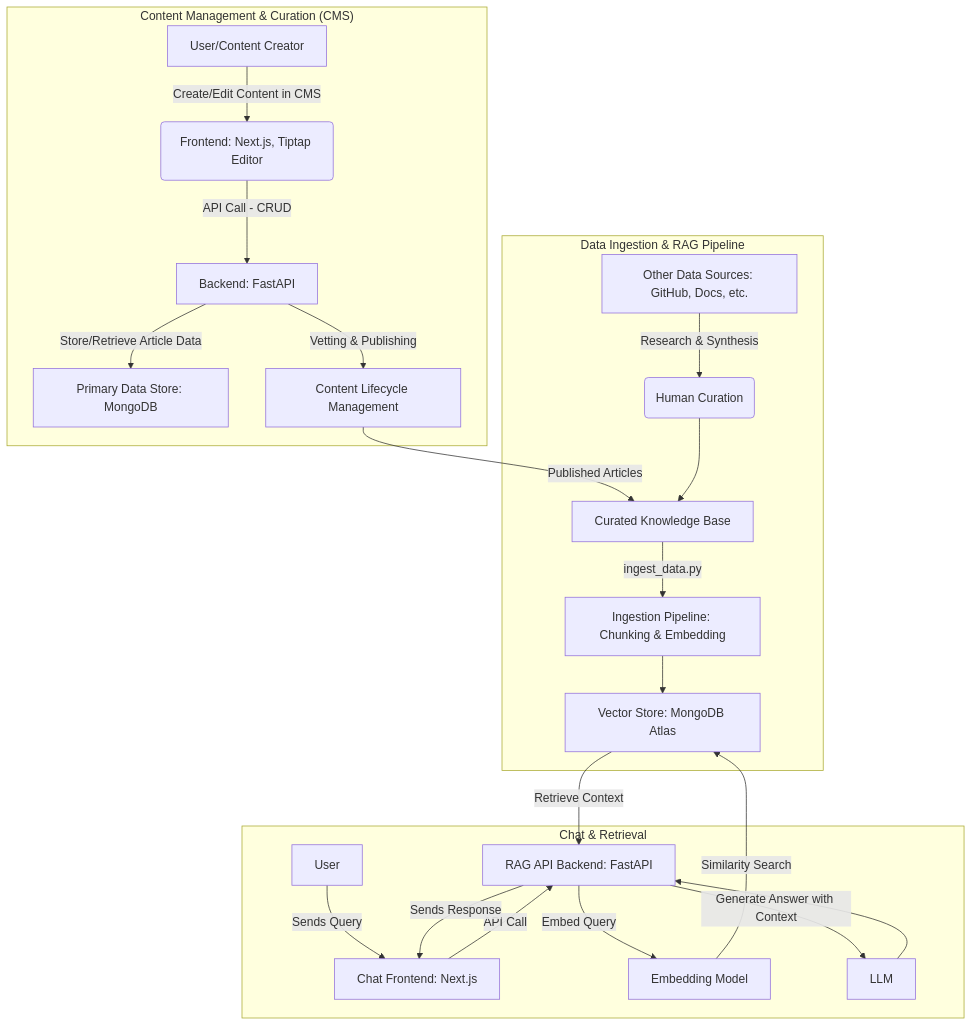
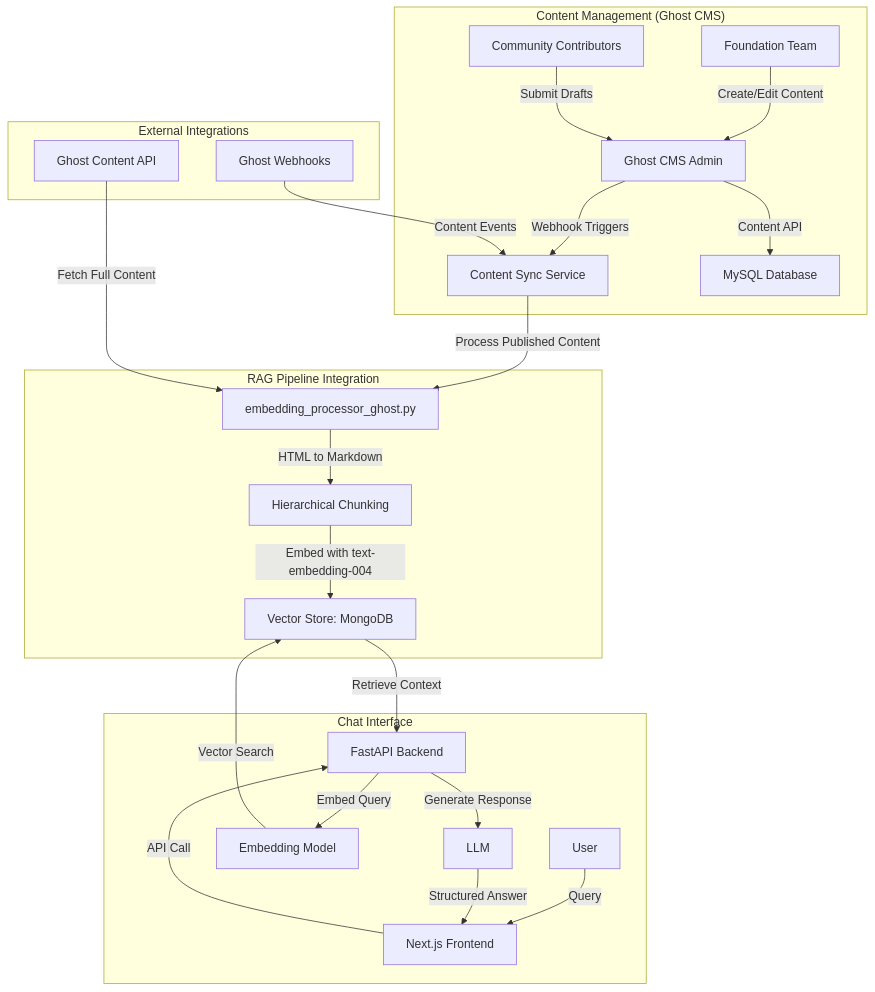
The diagram in README.md (IndigoNakamoto/Litecoin-Knowledge-Hub), drawn with Mermaid before and after one commit. The commit also changed other lines of this file and 4 other files, not shown here.

First line of the commit message:
feat!: migrate from custom CMS to Ghost CMS integration strategy

````diff
--- a/README.md
+++ b/README.md
@@ -120,29 +121,30 @@
 ```mermaid
 graph TD
-    subgraph "Content Management & Curation (CMS)"
-        A[User/Content Creator] -->|Create/Edit Content in CMS| B(Frontend: Next.js, Tiptap Editor)
-        B -->|API Call - CRUD| C[Backend: FastAPI]
-        C -->|Store/Retrieve Article Data| D[Primary Data Store: MongoDB]
-        C -->|Vetting & Publishing| F[Content Lifecycle Management]
+    subgraph "Content Management (Ghost CMS)"
+        A[Foundation Team] -->|Create/Edit Content| B[Ghost CMS Admin]
+        C[Community Contributors] -->|Submit Drafts| B
+        B -->|Webhook Triggers| D[Content Sync Service]
+        B -->|Content API| E[MySQL Database]
     end
 
-    subgraph "Data Ingestion & RAG Pipeline"
-        A_Raw[Other Data Sources: GitHub, Docs, etc.] -->|Research & Synthesis| G(Human Curation)
-        F -->|Published Articles| H[Curated Knowledge Base]
-        G --> H
-        H -->|ingest_data.py| I["Ingestion Pipeline: Chunking & Embedding"]
-        I --> J[Vector Store: MongoDB Atlas]
+    subgraph "RAG Pipeline Integration"
+        D -->|Process Published Content| F[embedding_processor_ghost.py]
+        F -->|HTML to Markdown| G[Hierarchical Chunking]
+        G -->|Embed with text-embedding-004| H[Vector Store: MongoDB]
     end
 
-    subgraph "Chat & Retrieval"
-        K[User] -->|Sends Query| L[Chat Frontend: Next.js]
-        L -->|API Call| M[RAG API Backend: FastAPI]
-        M -->|Embed Query| N[Embedding Model]
-        N -->|Similarity Search| J
-        J -->|Retrieve Context| M
-        M -->|Generate Answer with Context| O[LLM]
-        O --> M
-        M -->|Sends Response| L
+    subgraph "Chat Interface"
+        I[User] -->|Query| J[Next.js Frontend]
+        J -->|API Call| K[FastAPI Backend]
+        K -->|Embed Query| L[Embedding Model]
+        L -->|Vector Search| H
+        H -->|Retrieve Context| K
+        K -->|Generate Response| M[LLM]
+        M -->|Structured Answer| J
     end
 
+    subgraph "External Integrations"
+        N[Ghost Webhooks] -->|Content Events| D
+        O[Ghost Content API] -->|Fetch Full Content| F
+    end
 ```
````
